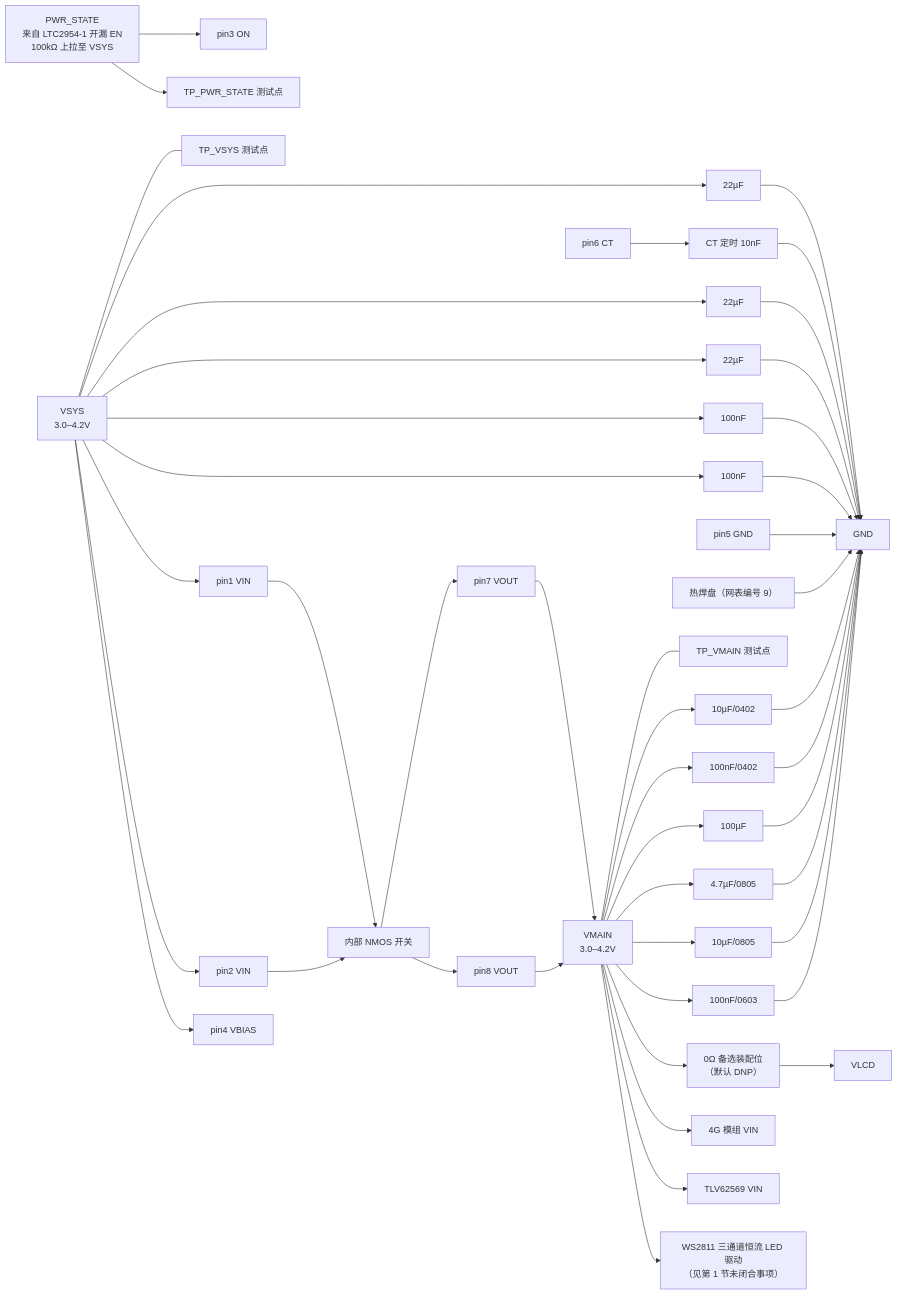
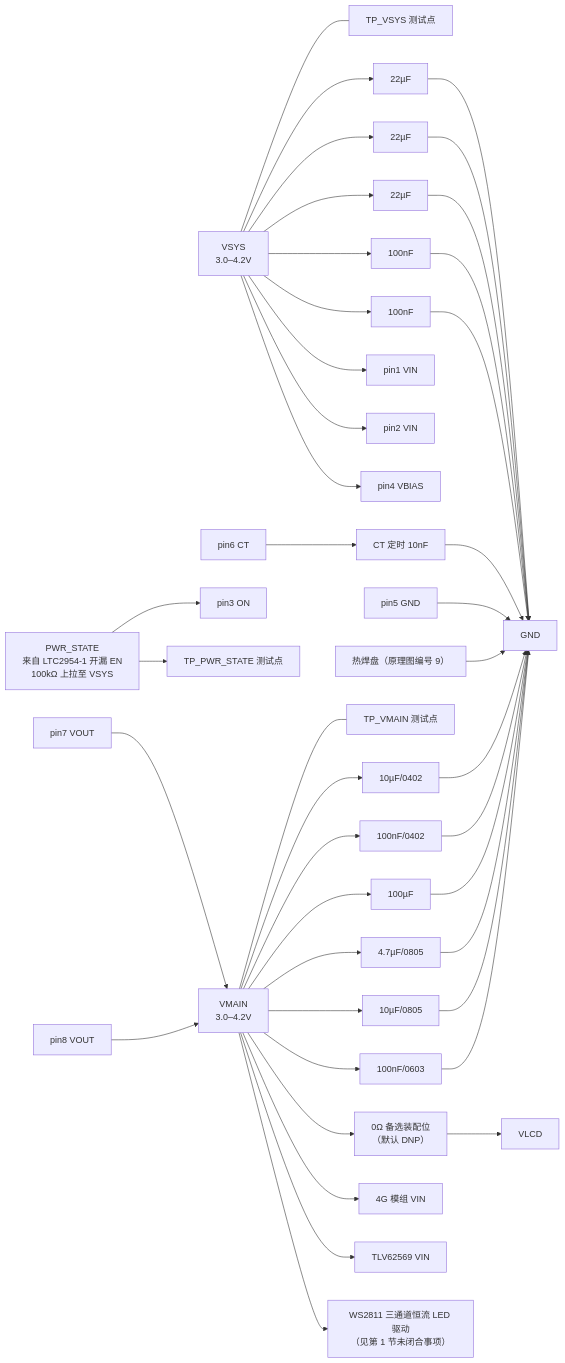
The diagram in docs/hardware/外围电路设计/TPS22965DSGR外围电路设计与接线.md (zhanghongchen1213/Electronic_Wooden_Fish), drawn with Mermaid before and after one commit. The commit also changed other lines of this file and 25 other files, not shown here.

````diff
--- a/docs/hardware/外围电路设计/TPS22965DSGR外围电路设计与接线.md
+++ b/docs/hardware/外围电路设计/TPS22965DSGR外围电路设计与接线.md
@@ -88,48 +85,43 @@
 ```mermaid
 flowchart LR
   VSYS["VSYS<br/>3.0–4.2V"]
   VMAIN["VMAIN<br/>3.0–4.2V"]
   GND["GND"]
 
   VSYS --- TP_VSYS["TP_VSYS 测试点"]
 
   VSYS --> CIN1["22µF"] --> GND
   VSYS --> CIN2["22µF"] --> GND
   VSYS --> CIN3["22µF"] --> GND
   VSYS --> CIN4["100nF"] --> GND
   VSYS --> CIN5["100nF"] --> GND
 
   VSYS --> VIN1["pin1 VIN"]
   VSYS --> VIN2["pin2 VIN"]
   VSYS --> VBIAS["pin4 VBIAS"]
 
   PWR_STATE["PWR_STATE<br/>来自 LTC2954-1 开漏 EN<br/>100kΩ 上拉至 VSYS"] --> ON["pin3 ON"]
   PWR_STATE --> TP_PWR_STATE["TP_PWR_STATE 测试点"]
 
   CT["pin6 CT"] --> CCT["CT 定时 10nF"] --> GND
   GNDPIN["pin5 GND"] --> GND
-  EP["热焊盘（网表编号 9）"] --> GND
+  EP["热焊盘（原理图编号 9）"] --> GND
 
-  VIN1 --> SW["内部 NMOS 开关"]
-  VIN2 --> SW
-  SW --> VOUT7["pin7 VOUT"]
-  SW --> VOUT8["pin8 VOUT"]
-
-  VOUT7 --> VMAIN
-  VOUT8 --> VMAIN
+  VOUT7["pin7 VOUT"] --> VMAIN
+  VOUT8["pin8 VOUT"] --> VMAIN
   VMAIN --- TP_VMAIN["TP_VMAIN 测试点"]
 
   VMAIN --> COUT1["10µF/0402"] --> GND
   VMAIN --> COUT2["100nF/0402"] --> GND
   VMAIN --> COUT3["100µF"] --> GND
   VMAIN --> COUT4["4.7µF/0805"] --> GND
   VMAIN --> COUT5["10µF/0805"] --> GND
   VMAIN --> COUT6["100nF/0603"] --> GND
 
   VMAIN --> SEL["0Ω 备选装配位<br/>（默认 DNP）"]
   SEL --> VLCD["VLCD"]
 
   VMAIN --> MODEM["4G 模组 VIN"]
   VMAIN --> BUCK["TLV62569 VIN"]
   VMAIN --> WS2811["WS2811 三通道恒流 LED 驱动<br/>（见第 1 节未闭合事项）"]
 ```
````
